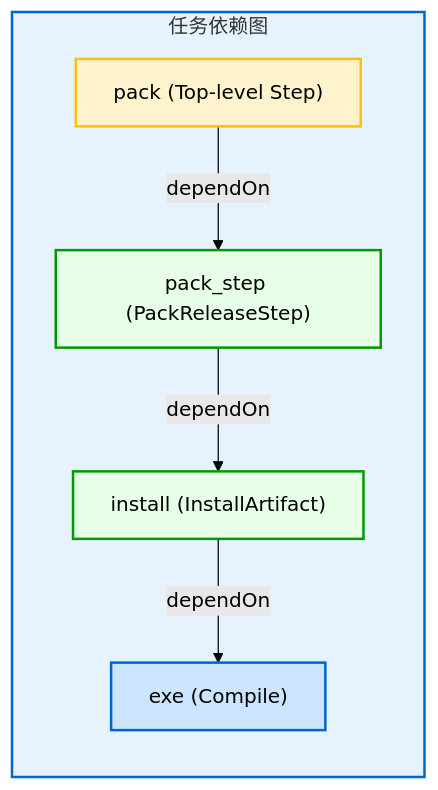
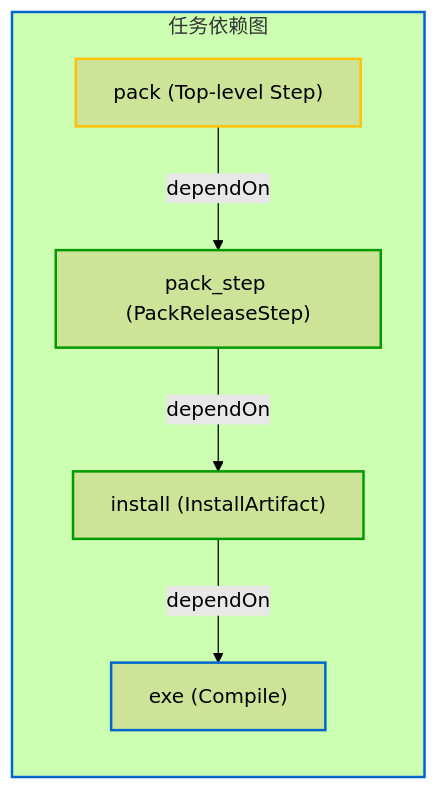
The second of 2 diagrams in zig-build/src/api/custom-steps.md (jiacai2050/x), drawn with Mermaid (forest theme) before and after one commit. The commit also changed other lines of this file and 65 other files, not shown here.

````diff
--- a/zig-build/src/api/custom-steps.md
+++ b/zig-build/src/api/custom-steps.md
@@ -178,20 +178,20 @@
 ```mermaid
 graph LR
     subgraph S_DAG ["任务依赖图"]
         Exe["exe (Compile)"]
         Install["install (InstallArtifact)"]
         Pack["pack_step (PackReleaseStep)"]
         TopPack["pack (Top-level Step)"]
 
         Install -- "dependOn" --> Exe
         Pack -- "dependOn" --> Install
         TopPack -- "dependOn" --> Pack
     end
 
-    classDef default fill:#f8f9fa,stroke:#495057;
-    style S_DAG fill:#e6f3ff,stroke:#0066cc,stroke-width:2px;
-    style Exe fill:#cce5ff,stroke:#0066cc,stroke-width:2px;
-    style Install fill:#e6ffe6,stroke:#009900,stroke-width:2px;
-    style Pack fill:#e6ffe6,stroke:#009900,stroke-width:2px;
-    style TopPack fill:#fff3cd,stroke:#ffc107,stroke-width:2px;
+    classDef default stroke:#495057;
+    style S_DAG stroke:#0066cc,stroke-width:2px;
+    style Exe stroke:#0066cc,stroke-width:2px;
+    style Install stroke:#009900,stroke-width:2px;
+    style Pack stroke:#009900,stroke-width:2px;
+    style TopPack stroke:#ffc107,stroke-width:2px;
 ```
````
